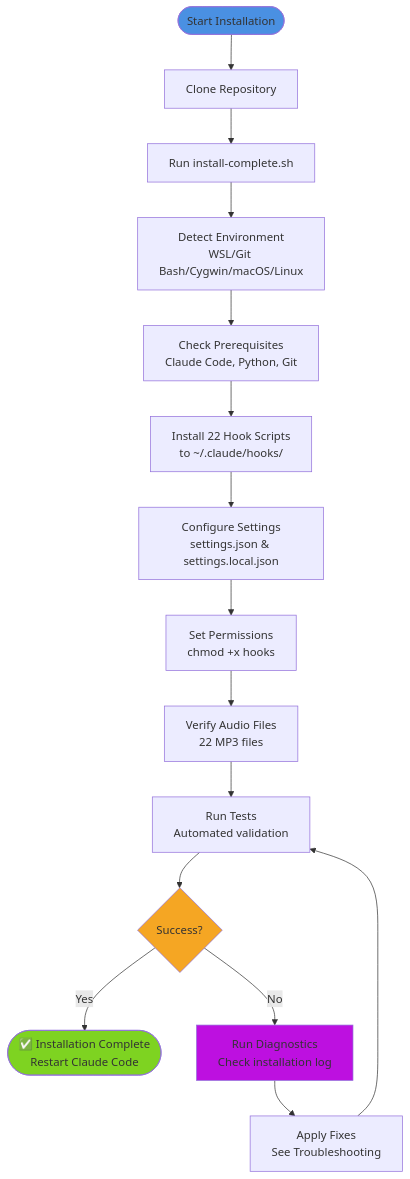
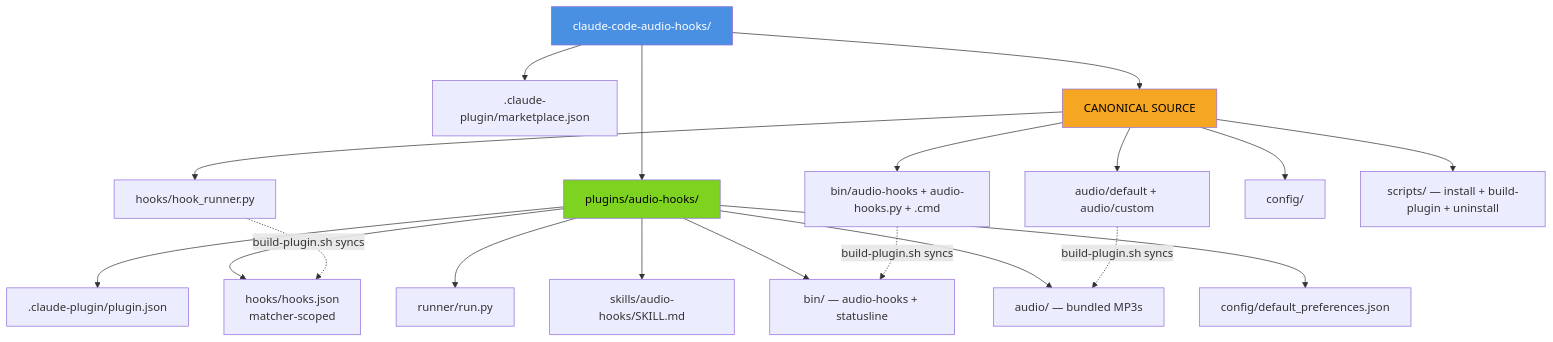
Before and after one commit to tozaki1545atebau/claude-code-audio-hooks: the fourth of 4 diagrams in README.md, drawn with Mermaid. The commit also changed other lines of this file and 3 other files, not shown here.

````diff
--- a/README.md
+++ b/README.md
@@ -410,23 +180,30 @@
 ```mermaid
-flowchart TD
-    Start([Start Installation]) --> Clone[Clone Repository]
-    Clone --> Run[Run install-complete.sh]
-    Run --> Detect[Detect Environment<br/>WSL/Git Bash/Cygwin/macOS/Linux]
-    Detect --> Check[Check Prerequisites<br/>Claude Code, Python, Git]
-    Check --> Install[Install 22 Hook Scripts<br/>to ~/.claude/hooks/]
-    Install --> Config[Configure Settings<br/>settings.json & settings.local.json]
-    Config --> Perms[Set Permissions<br/>chmod +x hooks]
-    Perms --> Audio[Verify Audio Files<br/>22 MP3 files]
-    Audio --> Test[Run Tests<br/>Automated validation]
+flowchart TB
+    REPO[claude-code-audio-hooks/]
 
-    Test --> Success{Success?}
-    Success -->|Yes| Done([✅ Installation Complete<br/>Restart Claude Code])
-    Success -->|No| Diagnose[Run Diagnostics<br/>Check installation log]
-    Diagnose --> Fix[Apply Fixes<br/>See Troubleshooting]
-    Fix --> Test
+    REPO --> CP[.claude-plugin/marketplace.json]
+    REPO --> PLUGINS[plugins/audio-hooks/]
+    REPO --> CANON[CANONICAL SOURCE]
 
-    style Start fill:#4A90E2
-    style Done fill:#7ED321
-    style Success fill:#F5A623
-    style Diagnose fill:#BD10E0
+    PLUGINS --> P_MANIFEST[.claude-plugin/plugin.json]
+    PLUGINS --> P_HOOKS[hooks/hooks.json<br/>matcher-scoped]
+    PLUGINS --> P_RUNNER[runner/run.py]
+    PLUGINS --> P_SKILL[skills/audio-hooks/SKILL.md]
+    PLUGINS --> P_BIN[bin/ — audio-hooks + statusline]
+    PLUGINS --> P_AUDIO[audio/ — bundled MP3s]
+    PLUGINS --> P_CONFIG[config/default_preferences.json]
+
+    CANON --> C_HOOKS[hooks/hook_runner.py]
+    CANON --> C_BIN[bin/audio-hooks + audio-hooks.py + .cmd]
+    CANON --> C_AUDIO[audio/default + audio/custom]
+    CANON --> C_CONFIG[config/]
+    CANON --> C_SCRIPTS[scripts/ — install + build-plugin + uninstall]
+
+    C_HOOKS -.->|build-plugin.sh syncs| P_HOOKS
+    C_BIN -.->|build-plugin.sh syncs| P_BIN
+    C_AUDIO -.->|build-plugin.sh syncs| P_AUDIO
+
+    style REPO fill:#4A90E2,color:#fff
+    style PLUGINS fill:#7ED321,color:#000
+    style CANON fill:#F5A623,color:#000
 ```
````
